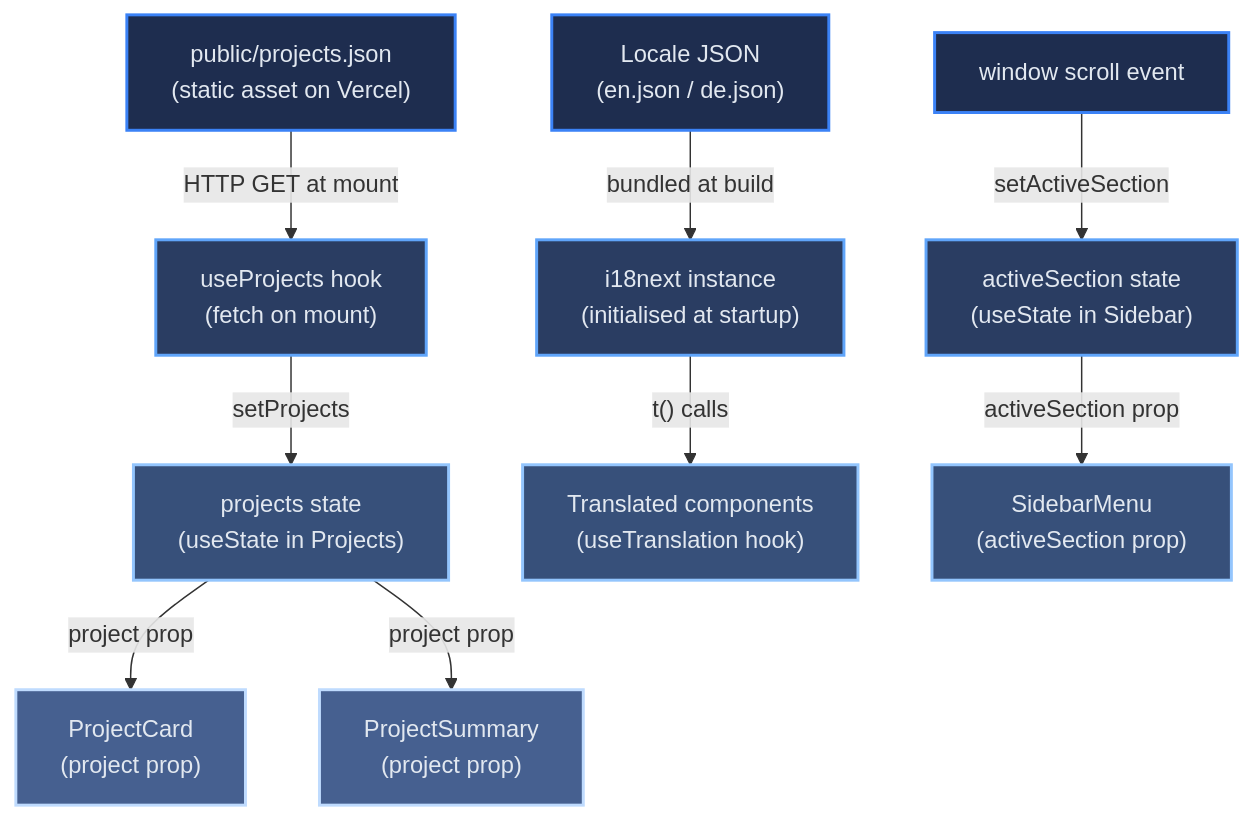
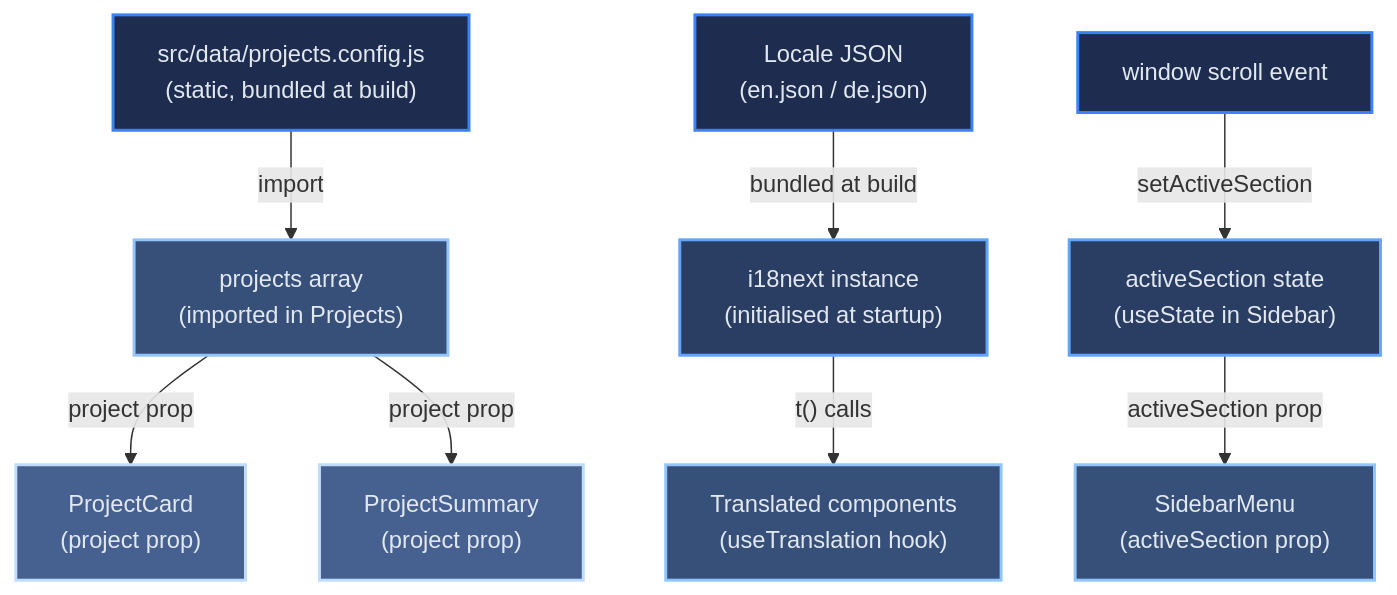
The diagram in docs/architecture/data-flow.md (Keglev/my-portfolio), drawn with Mermaid before and after one commit. The commit also changed other lines of this file and 110 other files, not shown here.

First line of the commit message:
refactor(scripts): retire dead build-time GitHub fetch pipeline

````diff
--- a/docs/architecture/data-flow.md
+++ b/docs/architecture/data-flow.md
@@ -22,33 +22,31 @@
 ```mermaid
 flowchart TD
-    ProjectsJSON["public/projects.json\n(static asset on Vercel)"]
-    useProjects["useProjects hook\n(fetch on mount)"]
-    ProjectsState["projects state\n(useState in Projects)"]
+    ProjectsConfig["src/data/projects.config.js\n(static, bundled at build)"]
+    ProjectsState["projects array\n(imported in Projects)"]
     ProjectCard["ProjectCard\n(project prop)"]
     ProjectSummary["ProjectSummary\n(project prop)"]
     LocaleFiles["Locale JSON\n(en.json / de.json)"]
     i18next["i18next instance\n(initialised at startup)"]
     AllComponents["Translated components\n(useTranslation hook)"]
     ScrollEvent["window scroll event"]
     ActiveSectionState["activeSection state\n(useState in Sidebar)"]
     SidebarMenu["SidebarMenu\n(activeSection prop)"]
 
-    ProjectsJSON -->|"HTTP GET at mount"| useProjects
-    useProjects -->|"setProjects"| ProjectsState
+    ProjectsConfig -->|"import"| ProjectsState
     ProjectsState -->|"project prop"| ProjectCard
     ProjectsState -->|"project prop"| ProjectSummary
     LocaleFiles -->|"bundled at build"| i18next
     i18next -->|"t() calls"| AllComponents
     ScrollEvent -->|"setActiveSection"| ActiveSectionState
     ActiveSectionState -->|"activeSection prop"| SidebarMenu
 
-    class ProjectsJSON,LocaleFiles,ScrollEvent l1
-    class useProjects,i18next,ActiveSectionState l2
+    class ProjectsConfig,LocaleFiles,ScrollEvent l1
+    class i18next,ActiveSectionState l2
     class ProjectsState,AllComponents,SidebarMenu l3
     class ProjectCard,ProjectSummary l4
 
     classDef l1 fill:#1e2d4f,stroke:#3B82F6,stroke-width:2px,color:#E2E8F0
     classDef l2 fill:#2a3d62,stroke:#60A5FA,stroke-width:2px,color:#E2E8F0
     classDef l3 fill:#37507a,stroke:#93C5FD,stroke-width:2px,color:#E2E8F0
     classDef l4 fill:#466090,stroke:#BFDBFE,stroke-width:2px,color:#E2E8F0
 ```
````
